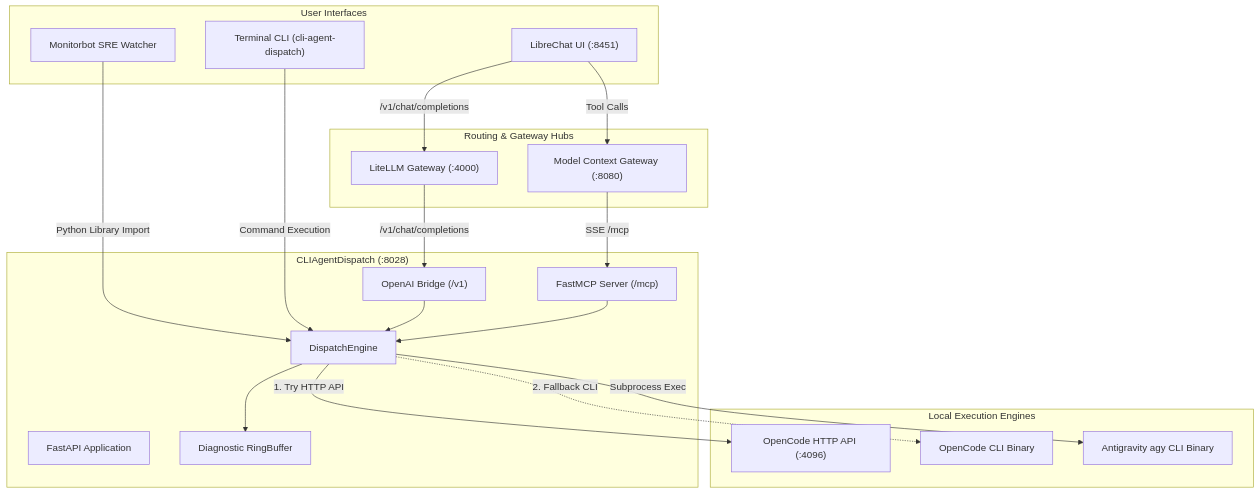
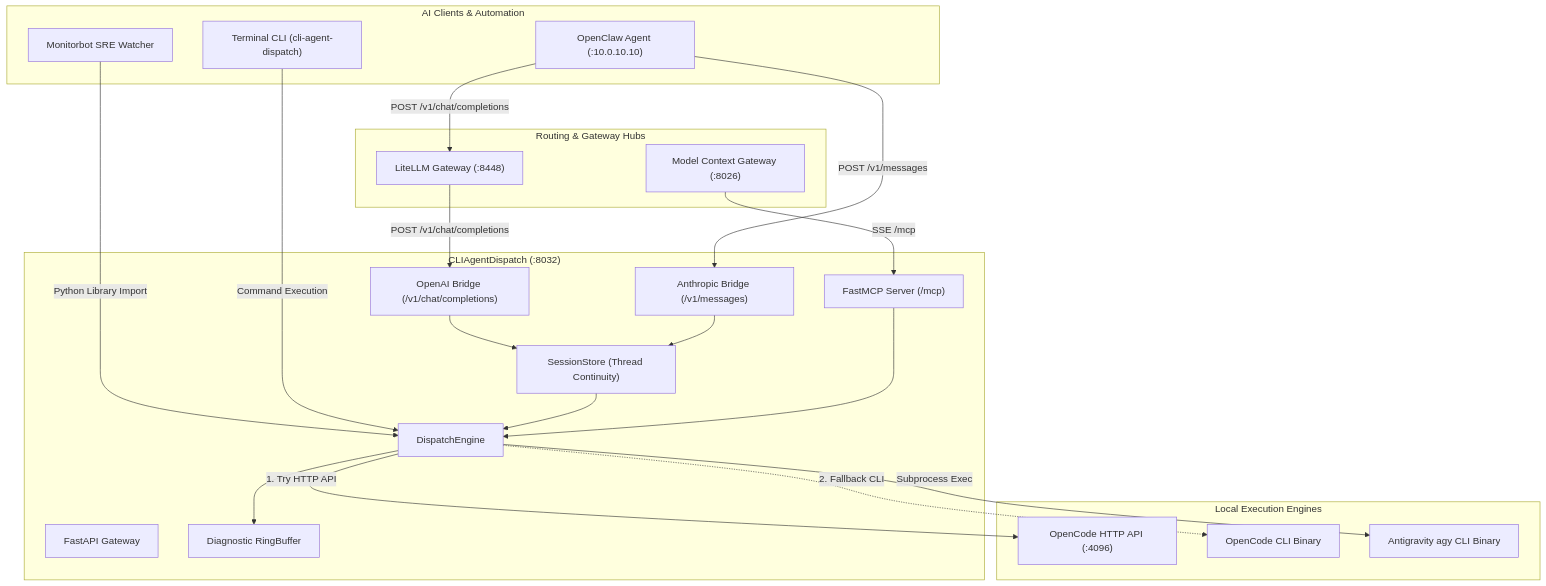
The first of 3 diagrams in ARCHITECTURE.md (spelech/CLIAgentDispatch), drawn with Mermaid before and after one commit. The commit also changed other lines of this file and 8 other files, not shown here.

````diff
--- a/ARCHITECTURE.md
+++ b/ARCHITECTURE.md
@@ -5,42 +5,46 @@
 ```mermaid
 flowchart TD
-    subgraph UI ["User Interfaces"]
-        LC["LibreChat UI (:8451)"]
+    subgraph Clients ["AI Clients & Automation"]
+        OCL["OpenClaw Agent (:10.0.10.10)"]
         CLI["Terminal CLI (cli-agent-dispatch)"]
         MB["Monitorbot SRE Watcher"]
     end
 
     subgraph Hubs ["Routing & Gateway Hubs"]
-        LITE["LiteLLM Gateway (:4000)"]
-        MCG["Model Context Gateway (:8080)"]
+        LITE["LiteLLM Gateway (:8448)"]
+        MCG["Model Context Gateway (:8026)"]
     end
 
-    subgraph Service ["CLIAgentDispatch (:8028)"]
-        API["FastAPI Application"]
+    subgraph Service ["CLIAgentDispatch (:8032)"]
+        API["FastAPI Gateway"]
+        STORE["SessionStore (Thread Continuity)"]
+        OAI["OpenAI Bridge (/v1/chat/completions)"]
+        ANTH["Anthropic Bridge (/v1/messages)"]
         MCP["FastMCP Server (/mcp)"]
-        OAI["OpenAI Bridge (/v1)"]
         ENG["DispatchEngine"]
         TAP["Diagnostic RingBuffer"]
     end
 
     subgraph Engines ["Local Execution Engines"]
         OC_SRV["OpenCode HTTP API (:4096)"]
         OC_CLI["OpenCode CLI Binary"]
         AGY_CLI["Antigravity agy CLI Binary"]
     end
 
-    LC -->|/v1/chat/completions| LITE
-    LC -->|Tool Calls| MCG
-    LITE -->|/v1/chat/completions| OAI
+    OCL -->|POST /v1/messages| ANTH
+    OCL -->|POST /v1/chat/completions| LITE
+    LITE -->|POST /v1/chat/completions| OAI
     MCG -->|SSE /mcp| MCP
     MB -->|Python Library Import| ENG
     CLI -->|Command Execution| ENG
 
-    OAI --> ENG
+    OAI --> STORE
+    ANTH --> STORE
+    STORE --> ENG
     MCP --> ENG
     ENG --> TAP
 
     ENG -->|1. Try HTTP API| OC_SRV
     ENG -.->|2. Fallback CLI| OC_CLI
     ENG -->|Subprocess Exec| AGY_CLI
 ```
````
